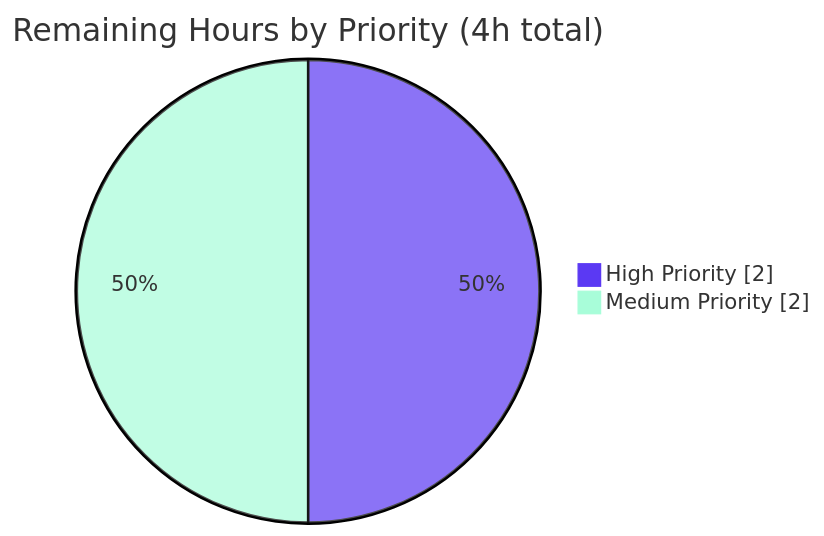
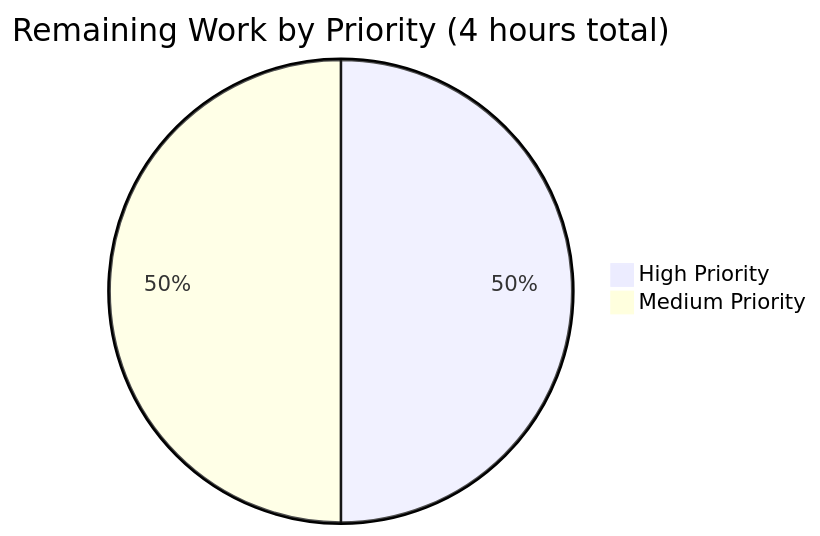
Before and after one commit to Blitzy-Sandbox/blitzy-WebVella-ERP: the third of 3 diagrams in blitzy/documentation/Project Guide.md, drawn with Mermaid. The commit also changed other lines of this file, not shown here.

Commit message:
Adding Blitzy Project Guide: Project Status and Human Tasks Remaining

````diff
--- a/blitzy/documentation/Project Guide.md
+++ b/blitzy/documentation/Project Guide.md
@@ -322,6 +315,5 @@
 ```mermaid
-%%{init: {'theme':'base', 'themeVariables': {'pie1': '#5B39F3', 'pie2': '#A8FDD9', 'pie3': '#B23AF2'}}}%%
-pie showData title Remaining Hours by Priority (4h total)
+pie title Remaining Work by Priority (4 hours total)
     "High Priority" : 2.0
     "Medium Priority" : 2.0
 ```
````
